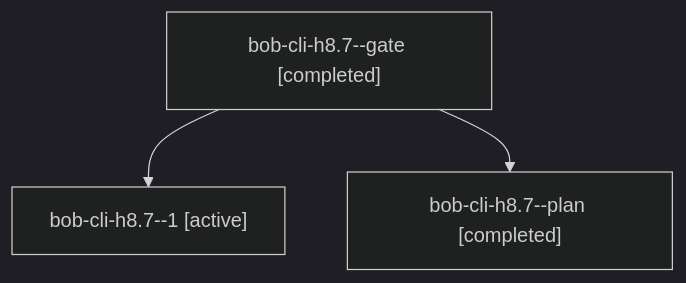
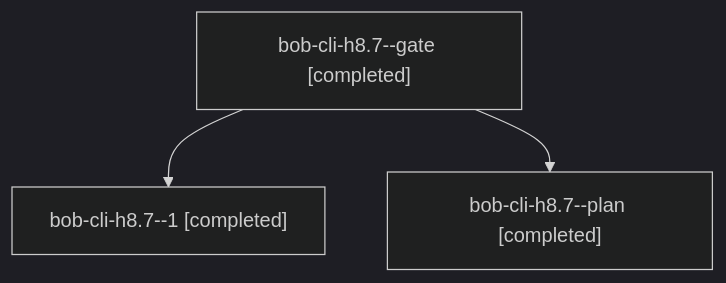
The diagram in sessions/bbugyi200.athena.bob-cli-h8.7.md (bobs-org/bob-cli--agents), drawn with Mermaid (dark theme) before and after one commit. The commit also changed other lines of this file and 38 other files, not shown here.

````diff
--- a/sessions/bbugyi200.athena.bob-cli-h8.7.md
+++ b/sessions/bbugyi200.athena.bob-cli-h8.7.md
@@ -9,8 +9,8 @@
 ```mermaid
 flowchart TD
   n0["bob-cli-h8.7--gate [completed]"]
-  n1["bob-cli-h8.7--1 [active]"]
+  n1["bob-cli-h8.7--1 [completed]"]
   n0 --> n1
   n2["bob-cli-h8.7--plan [completed]"]
   n0 --> n2
 ```
````
